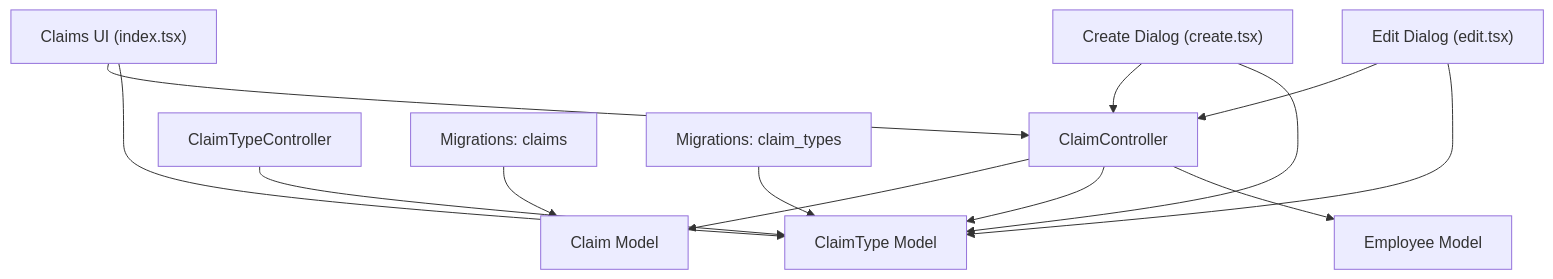
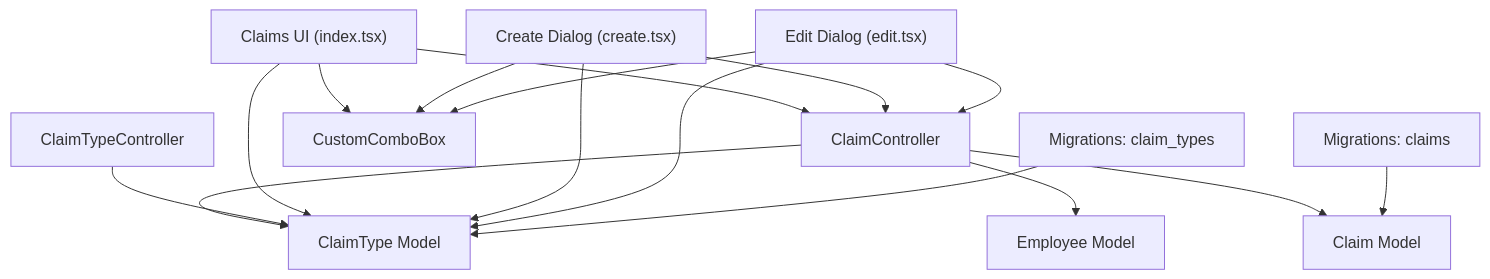
One commit to vincet0t15/template changed the seventh of 7 diagrams in .qoder/repowiki/en/content/Employee Management/Employee Claims Management.md. Above: the diagram before and after it, drawn with Mermaid. The commit also changed other lines of this file and 12 other files, not shown here.

````diff
--- a/.qoder/repowiki/en/content/Employee Management/Employee Claims Management.md
+++ b/.qoder/repowiki/en/content/Employee Management/Employee Claims Management.md
@@ -323,15 +423,18 @@
 ```mermaid
 graph TB
 CC["ClaimController"] --> CM["Claim Model"]
 CC --> CTM["ClaimType Model"]
 CC --> EM["Employee Model"]
 CTC["ClaimTypeController"] --> CTM
 UIIDX["Claims UI (index.tsx)"] --> CC
 UICRT["Create Dialog (create.tsx)"] --> CC
 UIEDT["Edit Dialog (edit.tsx)"] --> CC
+UIIDX --> CB["CustomComboBox"]
+UICRT --> CB
+UIEDT --> CB
 UIIDX --> CTM
 UICRT --> CTM
 UIEDT --> CTM
 MIG1["Migrations: claims"] --> CM
 MIG2["Migrations: claim_types"] --> CTM
 ```
````
